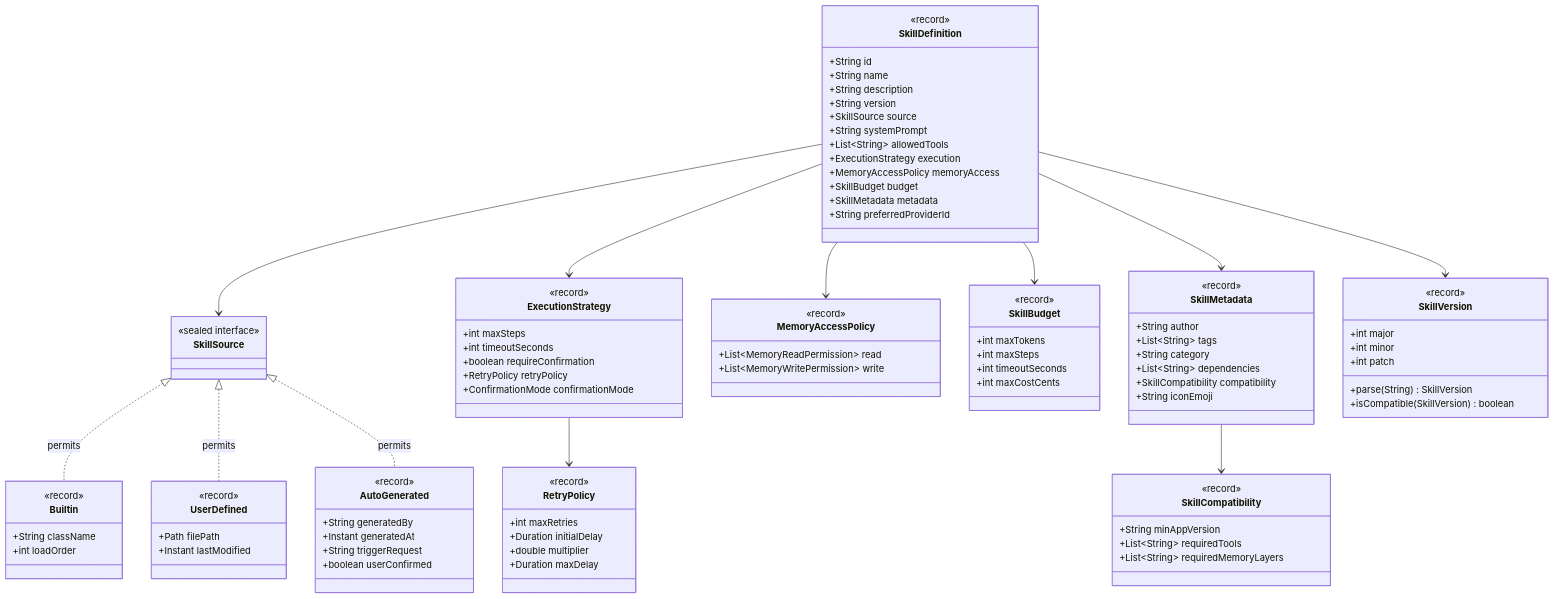
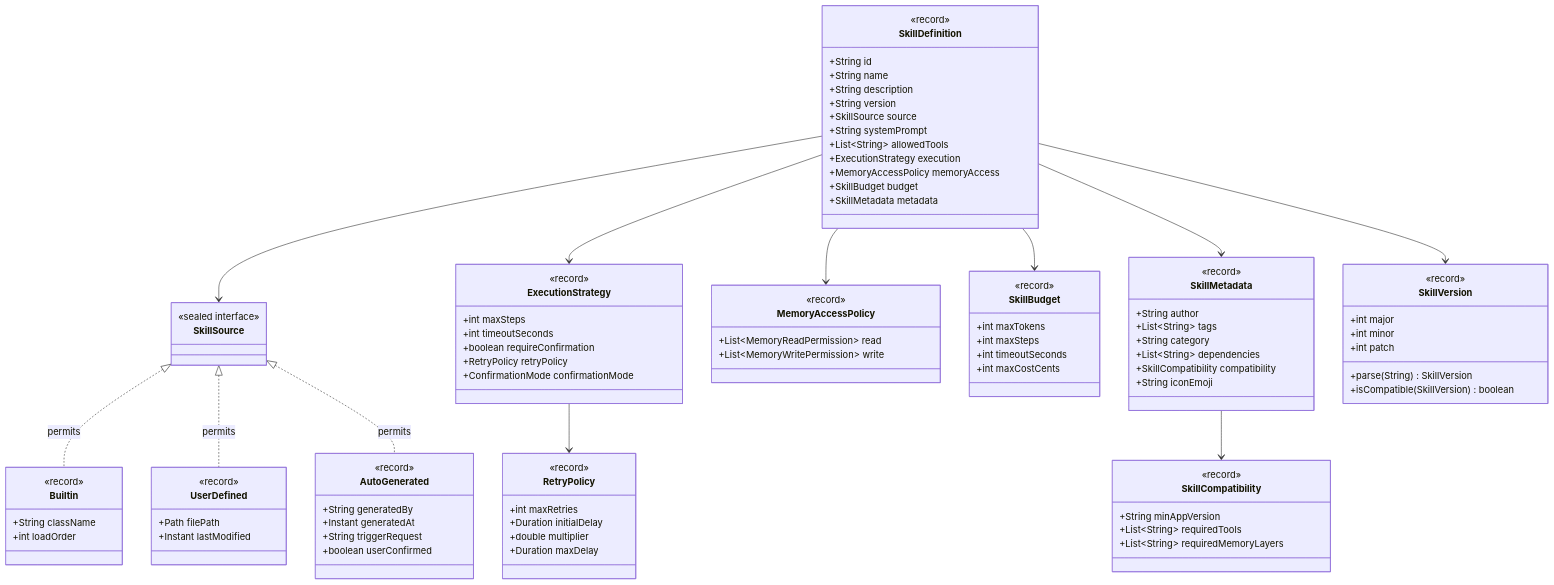
One commit to ntygod/LifePilot changed the second of 11 diagrams in docs/architecture/skill-system.md. Above: the diagram before and after it, drawn with Mermaid. The commit also changed other lines of this file and 22 other files, not shown here.

```diff
--- a/docs/architecture/skill-system.md
+++ b/docs/architecture/skill-system.md
@@ -560,7 +552,6 @@
         +MemoryAccessPolicy memoryAccess
         +SkillBudget budget
         +SkillMetadata metadata
-        +String preferredProviderId
     }
 
     class SkillSource {
```
